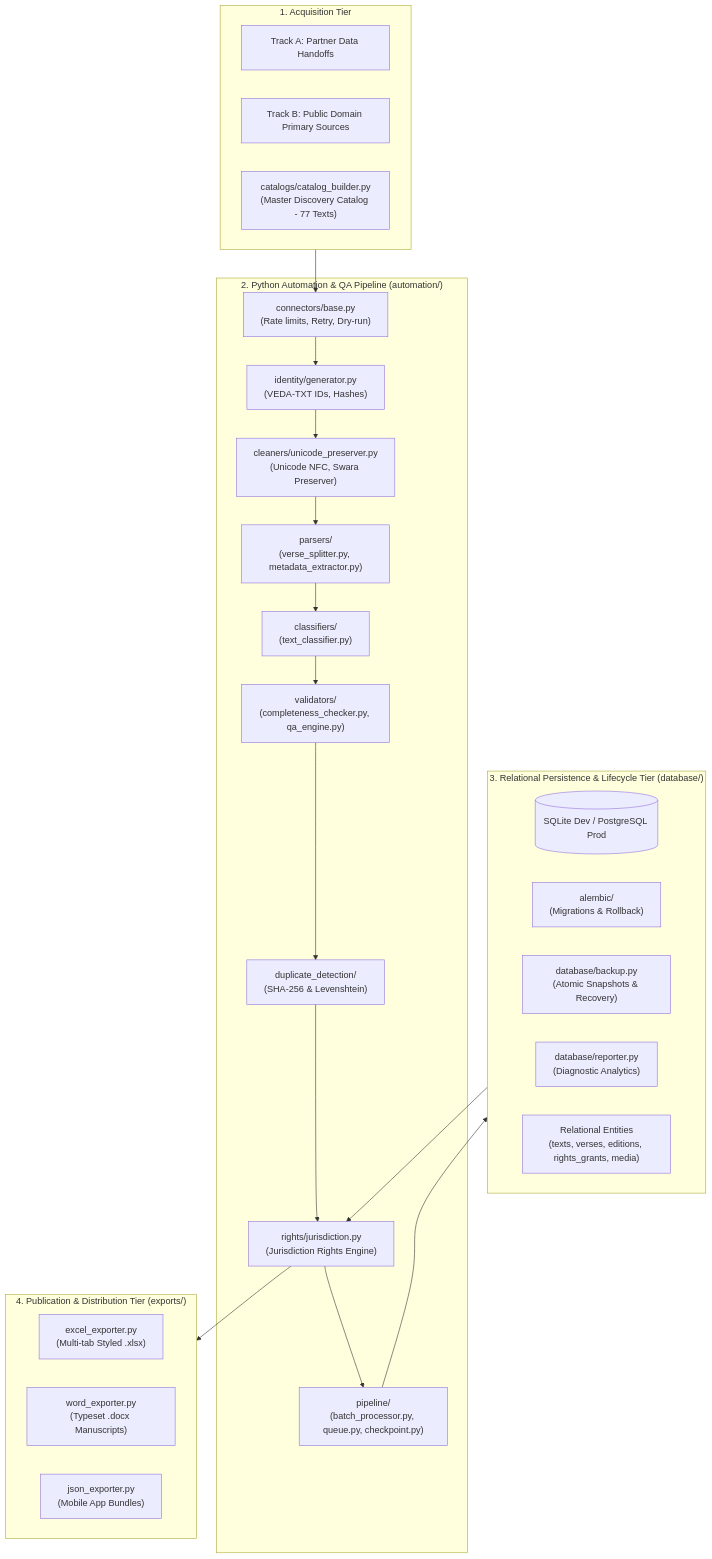
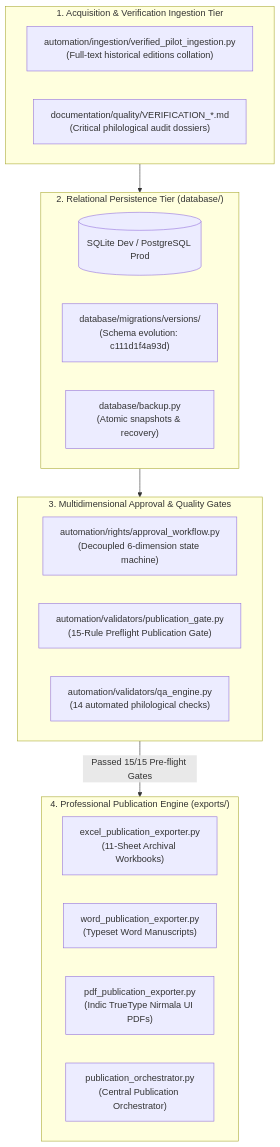
The diagram in documentation/architecture/SYSTEM_ARCHITECTURE.md (thegr8gv1/vedam), drawn with Mermaid before and after one commit. The commit also changed other lines of this file and 23 other files, not shown here.

Commit message:
Complete Phase 4: Full-text pilot ingestion, 11-sheet Excel, Word manuscripts, Nirmala UI Indic PDF publishing, and 15-rule publication quality gate

````diff
--- a/documentation/architecture/SYSTEM_ARCHITECTURE.md
+++ b/documentation/architecture/SYSTEM_ARCHITECTURE.md
@@ -16,39 +20,30 @@
 ```mermaid
 flowchart TD
-    subgraph Acquisition ["1. Acquisition Tier"]
-        TA["Track A: Partner Data Handoffs"]
-        TB["Track B: Public Domain Primary Sources"]
-        CAT["catalogs/catalog_builder.py<br>(Master Discovery Catalog - 77 Texts)"]
+    subgraph IngestionTier ["1. Acquisition & Verification Ingestion Tier"]
+        ING["automation/ingestion/verified_pilot_ingestion.py<br>(Full-text historical editions collation)"]
+        PROV["documentation/quality/VERIFICATION_*.md<br>(Critical philological audit dossiers)"]
     end
 
-    subgraph Automation ["2. Python Automation & QA Pipeline (automation/)"]
-        P0["connectors/base.py<br>(Rate limits, Retry, Dry-run)"]
-        P1["identity/generator.py<br>(VEDA-TXT IDs, Hashes)"]
-        P2["cleaners/unicode_preserver.py<br>(Unicode NFC, Swara Preserver)"]
-        P3["parsers/<br>(verse_splitter.py, metadata_extractor.py)"]
-        P4["classifiers/<br>(text_classifier.py)"]
-        P5["validators/<br>(completeness_checker.py, qa_engine.py)"]
-        P6["duplicate_detection/<br>(SHA-256 & Levenshtein)"]
-        P7["rights/jurisdiction.py<br>(Jurisdiction Rights Engine)"]
-        P8["pipeline/<br>(batch_processor.py, queue.py, checkpoint.py)"]
+    subgraph DataStorage ["2. Relational Persistence Tier (database/)"]
+        DB[(SQLite Dev / PostgreSQL Prod)]
+        ALEMBIC["database/migrations/versions/<br>(Schema evolution: c111d1f4a93d)"]
+        BACKUP["database/backup.py<br>(Atomic snapshots & recovery)"]
     end
 
-    subgraph DataStorage ["3. Relational Persistence & Lifecycle Tier (database/)"]
-        DB[(SQLite Dev / PostgreSQL Prod)]
-        ALEMBIC["alembic/<br>(Migrations & Rollback)"]
-        BACKUP["database/backup.py<br>(Atomic Snapshots & Recovery)"]
-        REPORT["database/reporter.py<br>(Diagnostic Analytics)"]
-        T_ENTITIES["Relational Entities<br>(texts, verses, editions, rights_grants, media)"]
+    subgraph GovernanceTier ["3. Multidimensional Approval & Quality Gates"]
+        APP_WF["automation/rights/approval_workflow.py<br>(Decoupled 6-dimension state machine)"]
+        PUB_GATE["automation/validators/publication_gate.py<br>(15-Rule Preflight Publication Gate)"]
+        QA_ENG["automation/validators/qa_engine.py<br>(14 automated philological checks)"]
     end
 
-    subgraph ExportTier ["4. Publication & Distribution Tier (exports/)"]
-        EX_XLS["excel_exporter.py<br>(Multi-tab Styled .xlsx)"]
-        EX_DOC["word_exporter.py<br>(Typeset .docx Manuscripts)"]
-        EX_JSN["json_exporter.py<br>(Mobile App Bundles)"]
+    subgraph PublicationTier ["4. Professional Publication Engine (exports/)"]
+        EX_XLS["excel_publication_exporter.py<br>(11-Sheet Archival Workbooks)"]
+        EX_DOC["word_publication_exporter.py<br>(Typeset Word Manuscripts)"]
+        EX_PDF["pdf_publication_exporter.py<br>(Indic TrueType Nirmala UI PDFs)"]
+        EX_ORCH["publication_orchestrator.py<br>(Central Publication Orchestrator)"]
     end
 
-    Acquisition --> P0 --> P1 --> P2 --> P3 --> P4 --> P5 --> P6 --> P7 --> P8
-    P8 --> DataStorage
-    DataStorage --> P7
-    P7 --> ExportTier
+    IngestionTier --> DataStorage
+    DataStorage --> GovernanceTier
+    GovernanceTier -->|Passed 15/15 Pre-flight Gates| PublicationTier
 ```
````
